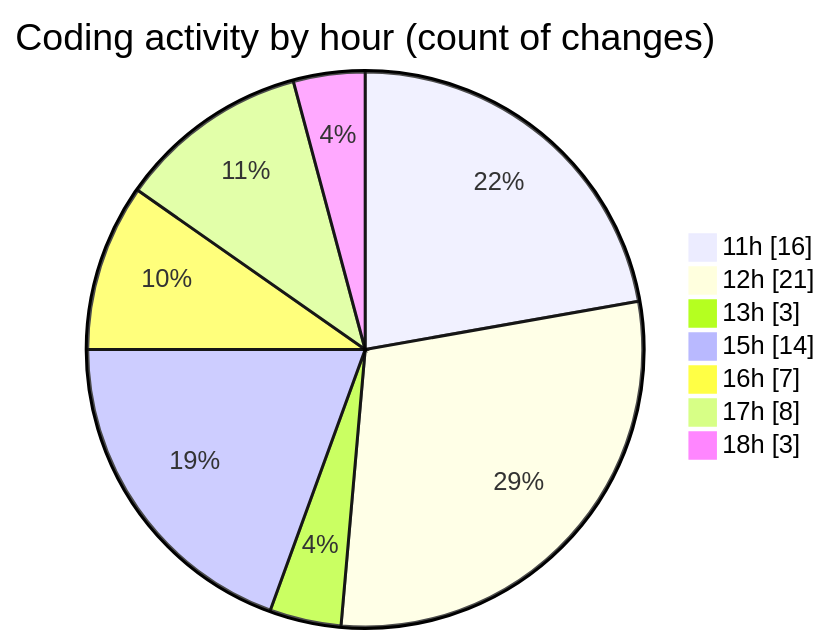
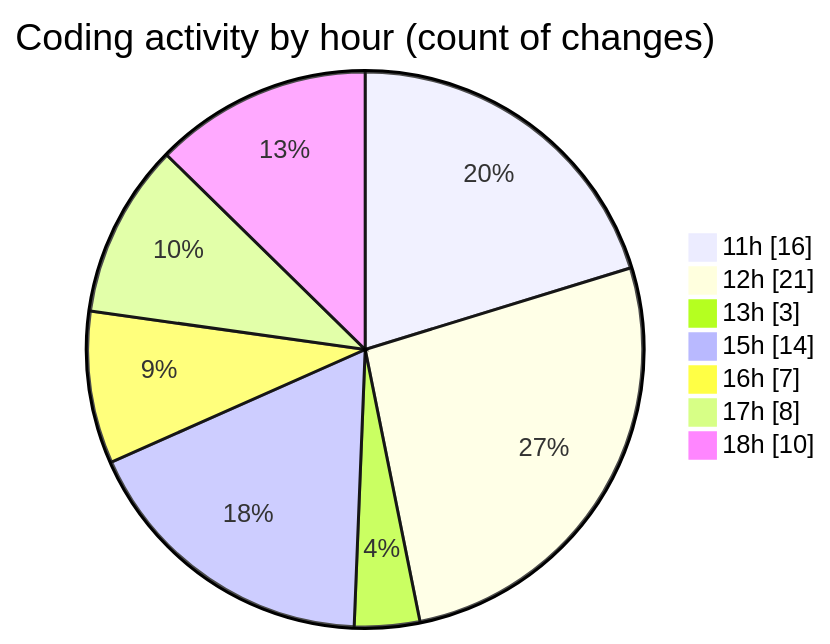
The second of 2 diagrams in 2025-09-30/nxtqube_webapp/README.md (nxtqubesakshisongat/code-tracking), drawn with Mermaid before and after one commit. The commit also changed other lines of this file and 1 other file, not shown here.

````diff
--- a/2025-09-30/nxtqube_webapp/README.md
+++ b/2025-09-30/nxtqube_webapp/README.md
@@ -34,11 +34,11 @@
 ```mermaid
 pie showData
 title Coding activity by hour (count of changes)
 "11h" : 16
 "12h" : 21
 "13h" : 3
 "15h" : 14
 "16h" : 7
 "17h" : 8
-"18h" : 3
+"18h" : 10
 ```
````
